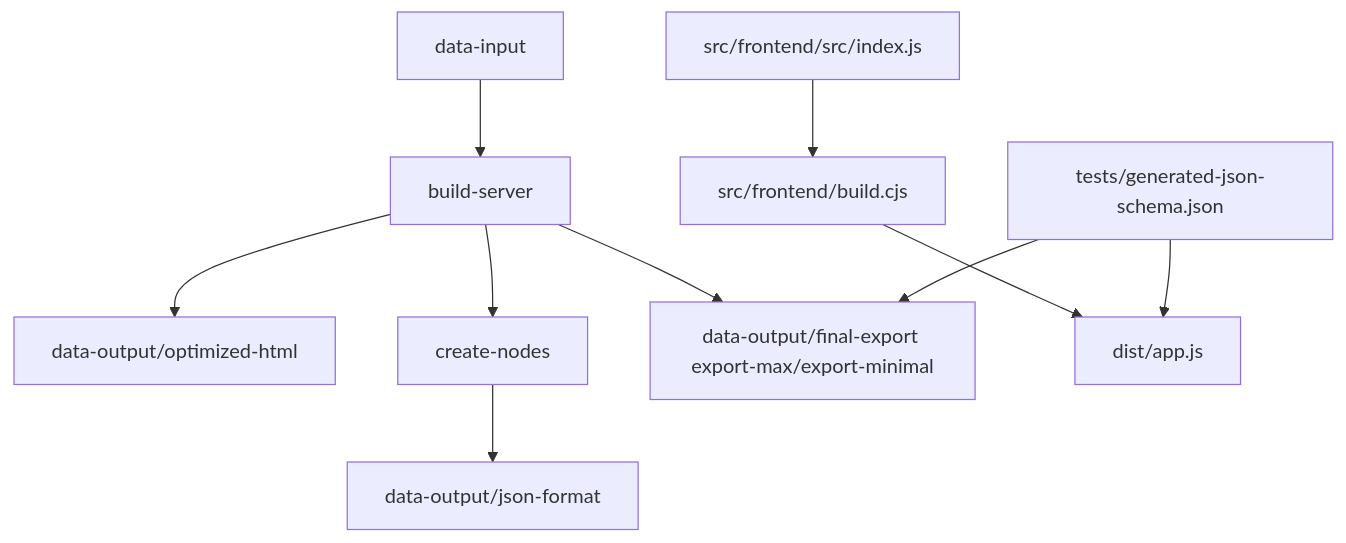
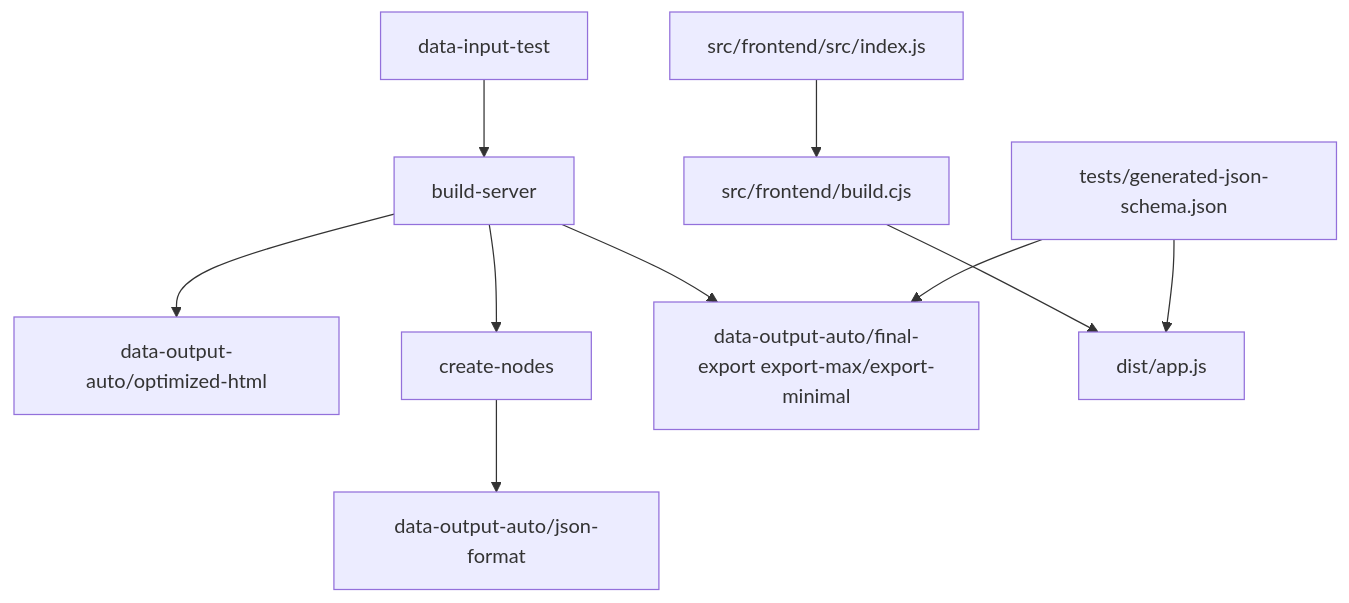
The diagram in docs/developer-guide/folder-structure.md (klipolis/fb-chat-export), drawn with Mermaid before and after one commit. The commit also changed other lines of this file and 104 other files, not shown here.

Commit message:
chore: structure input-output

````diff
--- a/docs/developer-guide/folder-structure.md
+++ b/docs/developer-guide/folder-structure.md
@@ -7,12 +7,12 @@
 ```mermaid
 flowchart TD
-  A[data-input] --> B[build-server]
-  B --> C[data-output/optimized-html]
+  A[data-input-test] --> B[build-server]
+  B --> C[data-output-auto/optimized-html]
   B --> D[create-nodes]
-  D --> E[data-output/json-format]
-  B --> F[data-output/final-export export-max/export-minimal]
+  D --> E[data-output-auto/json-format]
+  B --> F[data-output-auto/final-export export-max/export-minimal]
   G[src/frontend/src/index.js] --> H[src/frontend/build.cjs]
   H --> I[dist/app.js]
   J[tests/generated-json-schema.json] --> F
   J --> I
 ```
````
